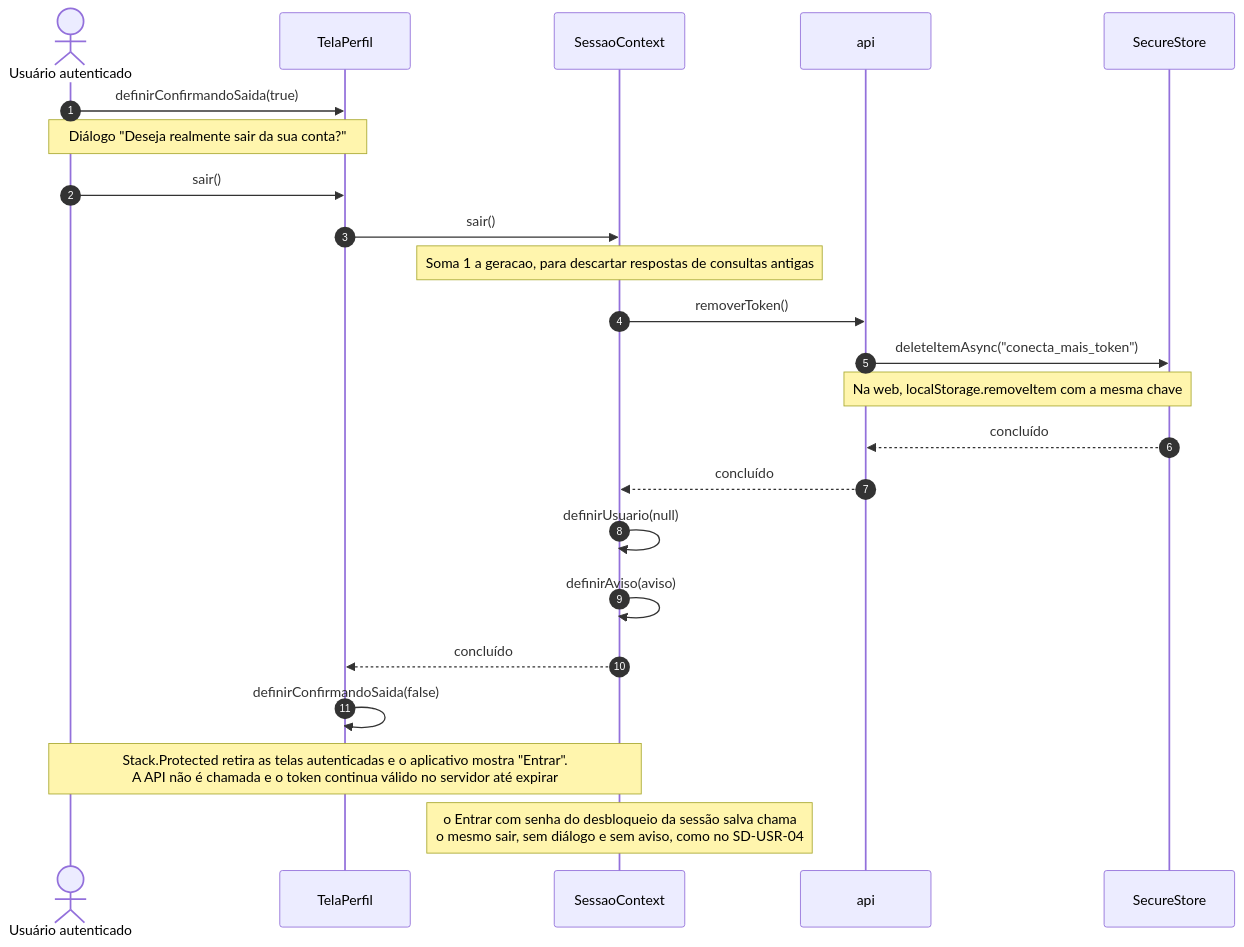
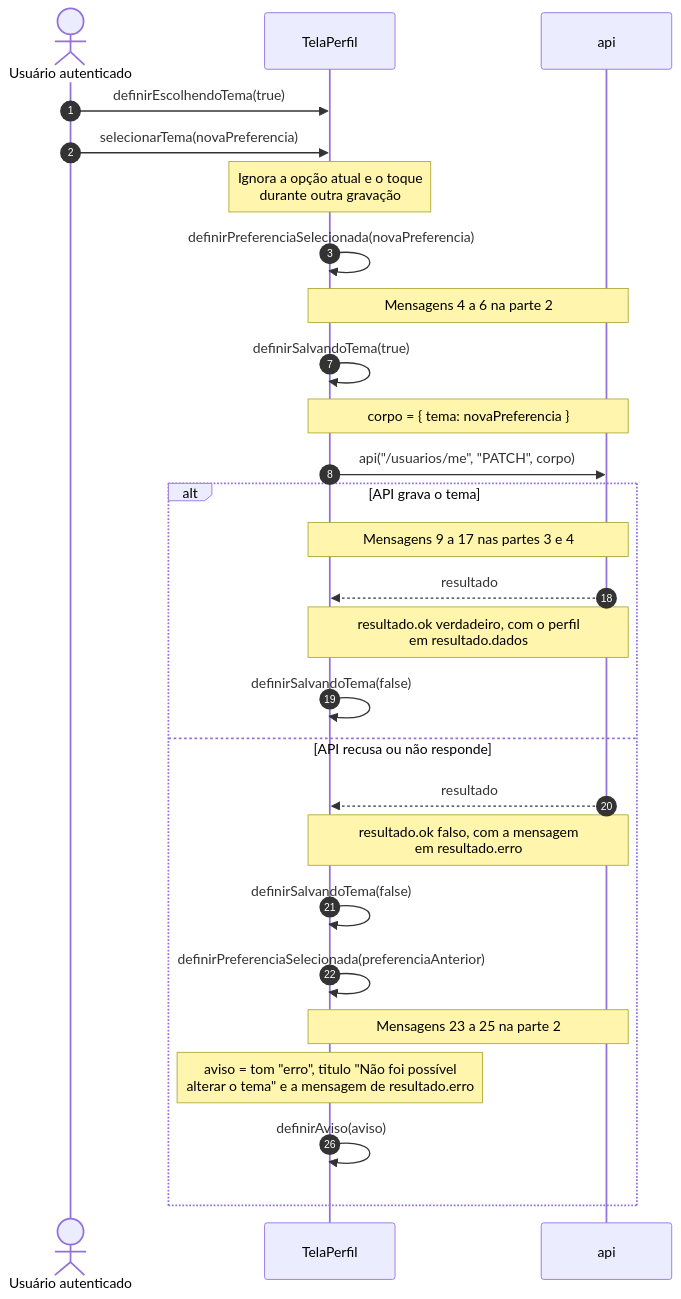
Diagram 20 of 25 in 2 - Incremento 1/configuracoes-usuario/6 - diagramas-sequencia-configuracoes-usuario.md (Conecta-IFSP/DOCUMENTATION), drawn with Mermaid before and after one commit. The commit also changed other lines of this file and 5 other files, not shown here.

Commit message:
Divide os diagramas de sequência dos incrementos 1 e 2 em partes legíveis

````diff
--- a/2 - Incremento 1/configuracoes-usuario/6 - diagramas-sequencia-configuracoes-usuario.md
+++ b/2 - Incremento 1/configuracoes-usuario/6 - diagramas-sequencia-configuracoes-usuario.md
@@ -390,25 +559,32 @@
 ```mermaid
 sequenceDiagram
-    autonumber
+    autonumber 1
     actor U as Usuário autenticado
     participant T as TelaPerfil
-    participant SC as SessaoContext
     participant A as api
-    participant SS as SecureStore
-    U->>T: definirConfirmandoSaida(true)
-    Note over U,T: Diálogo "Deseja realmente sair da sua conta?"
-    U->>T: sair()
-    T->>SC: sair()
-    Note over SC: Soma 1 a geracao, para descartar respostas de consultas antigas
-    SC->>A: removerToken()
-    A->>SS: deleteItemAsync("conecta_mais_token")
-    Note over A,SS: Na web, localStorage.removeItem com a mesma chave
-    SS-->>A: concluído
-    A-->>SC: concluído
-    SC->>SC: definirUsuario(null)
-    SC->>SC: definirAviso(aviso)
-    SC-->>T: concluído
-    T->>T: definirConfirmandoSaida(false)
-    Note over U,SC: Stack.Protected retira as telas autenticadas e o aplicativo mostra "Entrar".<br/>A API não é chamada e o token continua válido no servidor até expirar
-    Note over SC: o Entrar com senha do desbloqueio da sessão salva chama<br/>o mesmo sair, sem diálogo e sem aviso, como no SD-USR-04
+    U->>T: definirEscolhendoTema(true)
+    U->>T: selecionarTema(novaPreferencia)
+    Note over T: Ignora a opção atual e o toque<br/>durante outra gravação
+    T->>T: definirPreferenciaSelecionada(novaPreferencia)
+    Note over T,A: Mensagens 4 a 6 na parte 2
+    autonumber 7
+    T->>T: definirSalvandoTema(true)
+    Note over T,A: corpo = { tema: novaPreferencia }
+    T->>A: api("/usuarios/me", "PATCH", corpo)
+    alt API grava o tema
+        Note over T,A: Mensagens 9 a 17 nas partes 3 e 4
+        autonumber 18
+        A-->>T: resultado
+        Note over T,A: resultado.ok verdadeiro, com o perfil<br/>em resultado.dados
+        T->>T: definirSalvandoTema(false)
+    else API recusa ou não responde
+        A-->>T: resultado
+        Note over T,A: resultado.ok falso, com a mensagem<br/>em resultado.erro
+        T->>T: definirSalvandoTema(false)
+        T->>T: definirPreferenciaSelecionada(preferenciaAnterior)
+        Note over T,A: Mensagens 23 a 25 na parte 2
+        autonumber 26
+        Note over T: aviso = tom "erro", titulo "Não foi possível<br/>alterar o tema" e a mensagem de resultado.erro
+        T->>T: definirAviso(aviso)
+    end
 ```
````
